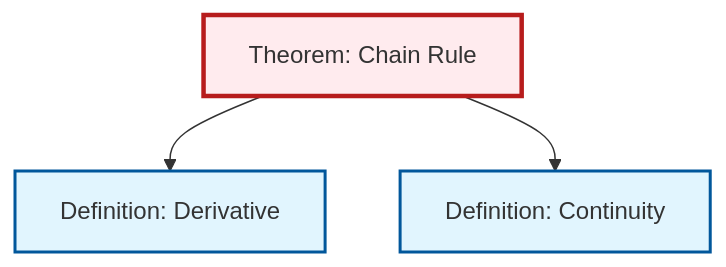
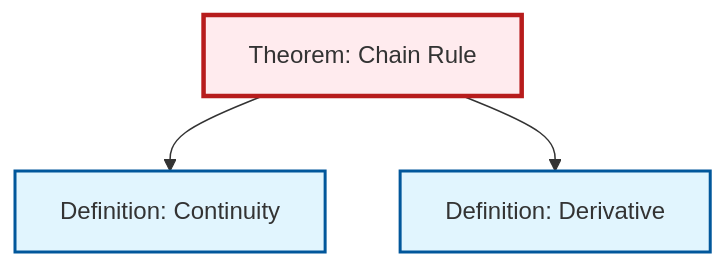
The second of 2 diagrams in content/ja/analysis/thm-chain-rule.qmd (RK0429/ModernMath), drawn with Mermaid before and after one commit. The commit also changed other lines of this file and 554 other files, not shown here.

````diff
--- a/content/ja/analysis/thm-chain-rule.qmd
+++ b/content/ja/analysis/thm-chain-rule.qmd
@@ -90,17 +90,17 @@
 ```{mermaid}
 %%| fig-cap: "Local dependency graph"
 graph TD
     classDef definition fill:#e1f5fe,stroke:#01579b,stroke-width:2px
     classDef theorem fill:#f3e5f5,stroke:#4a148c,stroke-width:2px
     classDef axiom fill:#fff3e0,stroke:#e65100,stroke-width:2px
     classDef example fill:#e8f5e9,stroke:#1b5e20,stroke-width:2px
     classDef current fill:#ffebee,stroke:#b71c1c,stroke-width:3px
     thm-chain-rule["Theorem: Chain Rule"]:::theorem
+    def-derivative["Definition: Derivative"]:::definition
     def-continuity["Definition: Continuity"]:::definition
-    def-derivative["Definition: Derivative"]:::definition
+    thm-chain-rule --> def-continuity
     thm-chain-rule --> def-derivative
-    thm-chain-rule --> def-continuity
     class thm-chain-rule current
+    click def-derivative "def-derivative.html" "Definition: Derivativeへ"
     click def-continuity "def-continuity.html" "Definition: Continuityへ"
-    click def-derivative "def-derivative.html" "Definition: Derivativeへ"
 ```
````
